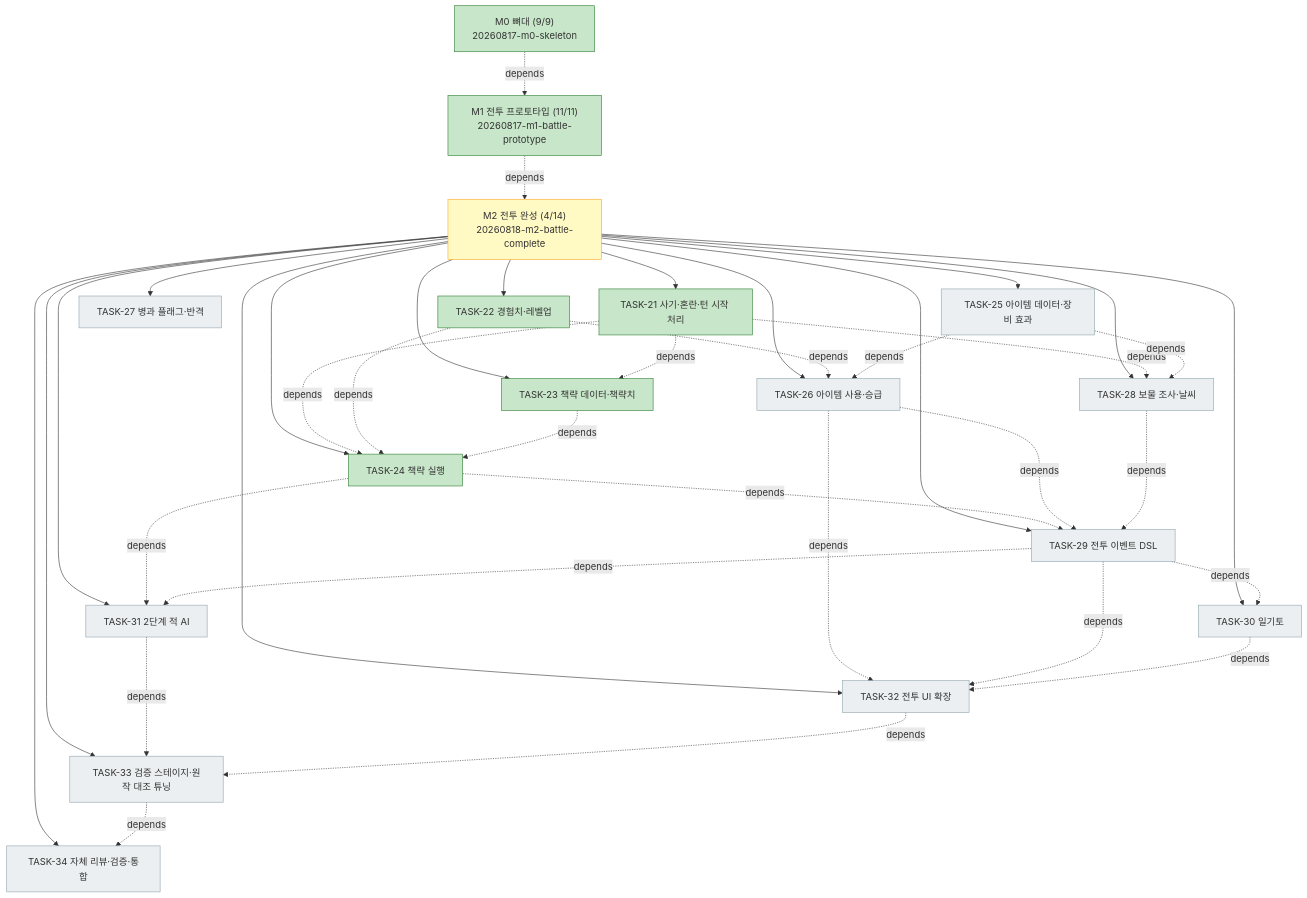
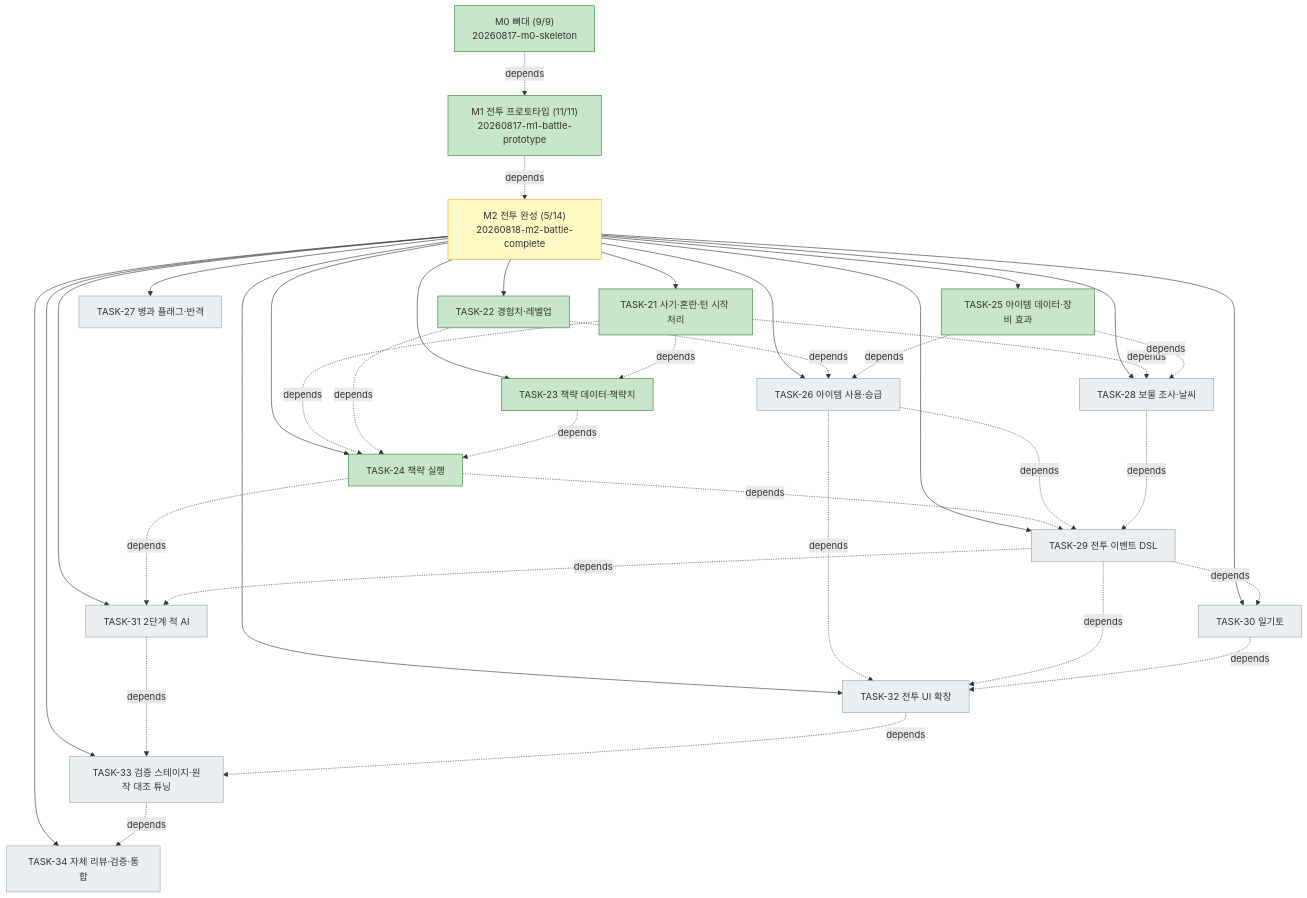
Before and after one commit to bluesky5008/HERO: the diagram in docs/plan.md, drawn with Mermaid. The commit also changed other lines of this file and 19 other files, not shown here.

First line of the commit message:
feat(m2): TASK-25 — 아이템 데이터 계약과 장비 효과

````diff
--- a/docs/plan.md
+++ b/docs/plan.md
@@ -77,46 +77,46 @@
 ```mermaid
 flowchart TD
     M0["M0 뼈대 (9/9)<br/>20260817-m0-skeleton"]:::done
     M1["M1 전투 프로토타입 (11/11)<br/>20260817-m1-battle-prototype"]:::done
-    M2["M2 전투 완성 (4/14)<br/>20260818-m2-battle-complete"]:::active
+    M2["M2 전투 완성 (5/14)<br/>20260818-m2-battle-complete"]:::active
     M0 -. depends .-> M1
     M1 -. depends .-> M2
     M2 --> T21["TASK-21 사기·혼란·턴 시작 처리"]:::done
     M2 --> T22["TASK-22 경험치·레벨업"]:::done
     M2 --> T23["TASK-23 책략 데이터·책략치"]:::done
     M2 --> T24["TASK-24 책략 실행"]:::done
-    M2 --> T25["TASK-25 아이템 데이터·장비 효과"]:::todo
+    M2 --> T25["TASK-25 아이템 데이터·장비 효과"]:::done
     M2 --> T26["TASK-26 아이템 사용·승급"]:::todo
     M2 --> T27["TASK-27 병과 플래그·반격"]:::todo
     M2 --> T28["TASK-28 보물 조사·날씨"]:::todo
     M2 --> T29["TASK-29 전투 이벤트 DSL"]:::todo
     M2 --> T30["TASK-30 일기토"]:::todo
     M2 --> T31["TASK-31 2단계 적 AI"]:::todo
     M2 --> T32["TASK-32 전투 UI 확장"]:::todo
     M2 --> T33["TASK-33 검증 스테이지·원작 대조 튜닝"]:::todo
     M2 --> T34["TASK-34 자체 리뷰·검증·통합"]:::todo
     T21 -. depends .-> T23
     T21 -. depends .-> T24
     T22 -. depends .-> T24
     T23 -. depends .-> T24
     T22 -. depends .-> T26
     T25 -. depends .-> T26
     T21 -. depends .-> T28
     T25 -. depends .-> T28
     T24 -. depends .-> T29
     T26 -. depends .-> T29
     T28 -. depends .-> T29
     T29 -. depends .-> T30
     T24 -. depends .-> T31
     T29 -. depends .-> T31
     T26 -. depends .-> T32
     T29 -. depends .-> T32
     T30 -. depends .-> T32
     T31 -. depends .-> T33
     T32 -. depends .-> T33
     T33 -. depends .-> T34
     classDef done fill:#c8e6c9,stroke:#2e7d32
     classDef active fill:#fff9c4,stroke:#f9a825
     classDef todo fill:#eceff1,stroke:#90a4ae
     classDef gate fill:#ffcdd2,stroke:#c62828
 ```
````
